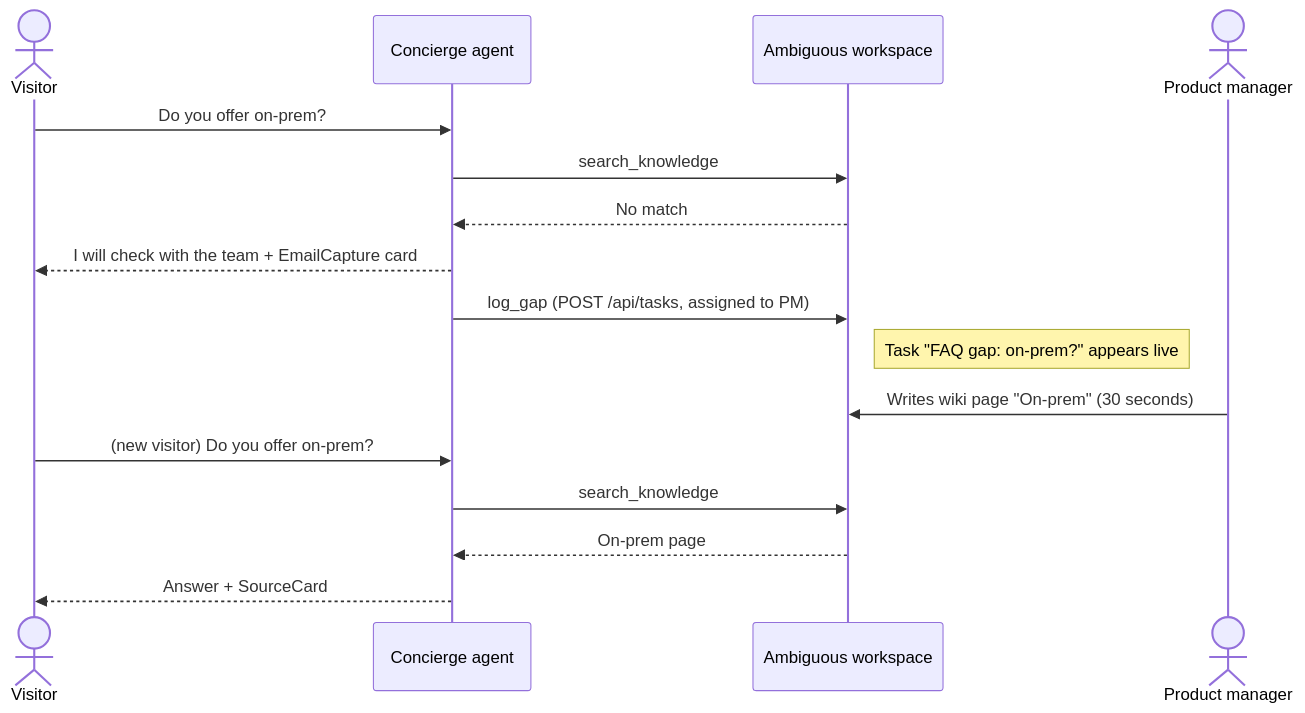
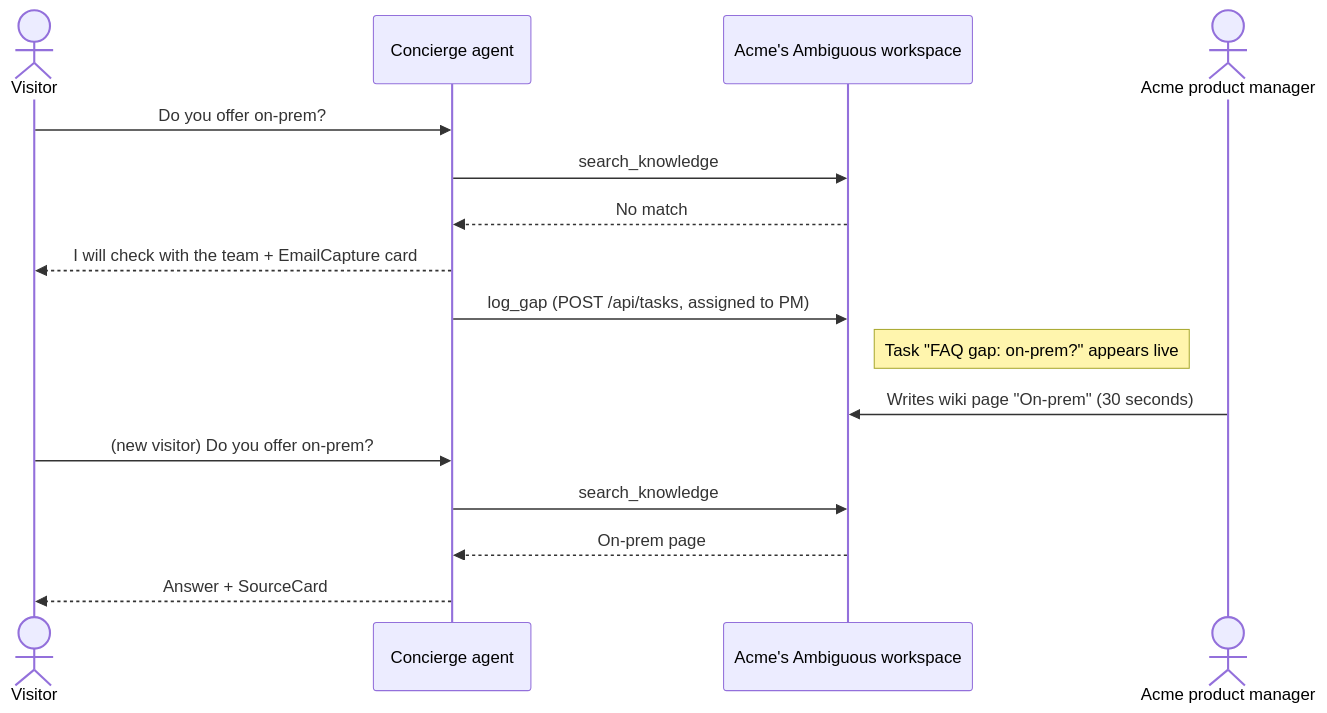
Before and after one commit to cun3yt/hackahton: the second of 5 diagrams in docs/concierge/demo-plan.md, drawn with Mermaid. The commit also changed other lines of this file and 1 other file, not shown here.

````diff
--- a/docs/concierge/demo-plan.md
+++ b/docs/concierge/demo-plan.md
@@ -52,18 +117,18 @@
 ```mermaid
 sequenceDiagram
     actor V as Visitor
     participant C as Concierge agent
-    participant A as Ambiguous workspace
-    actor PM as Product manager
+    participant A as Acme's Ambiguous workspace
+    actor PM as Acme product manager
     V->>C: Do you offer on-prem?
     C->>A: search_knowledge
     A-->>C: No match
     C-->>V: I will check with the team + EmailCapture card
     C->>A: log_gap (POST /api/tasks, assigned to PM)
     Note right of A: Task "FAQ gap: on-prem?" appears live
     PM->>A: Writes wiki page "On-prem" (30 seconds)
     V->>C: (new visitor) Do you offer on-prem?
     C->>A: search_knowledge
     A-->>C: On-prem page
     C-->>V: Answer + SourceCard
 ```
````
